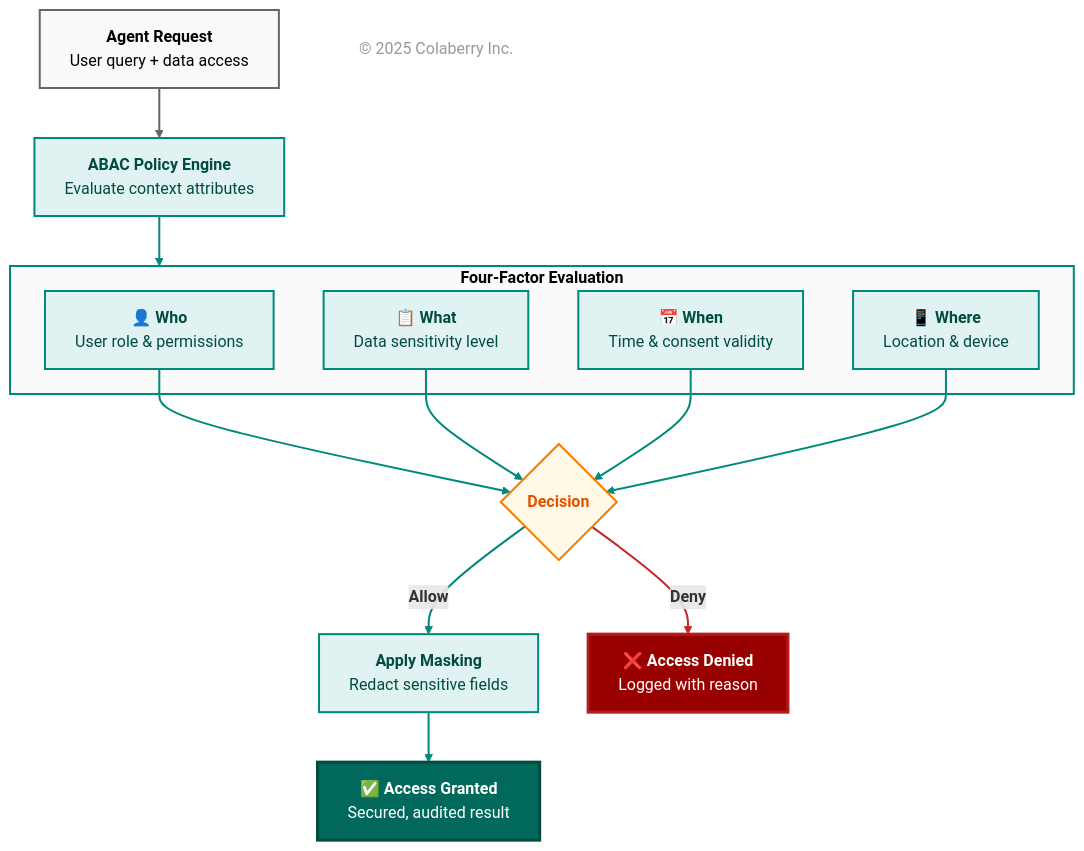
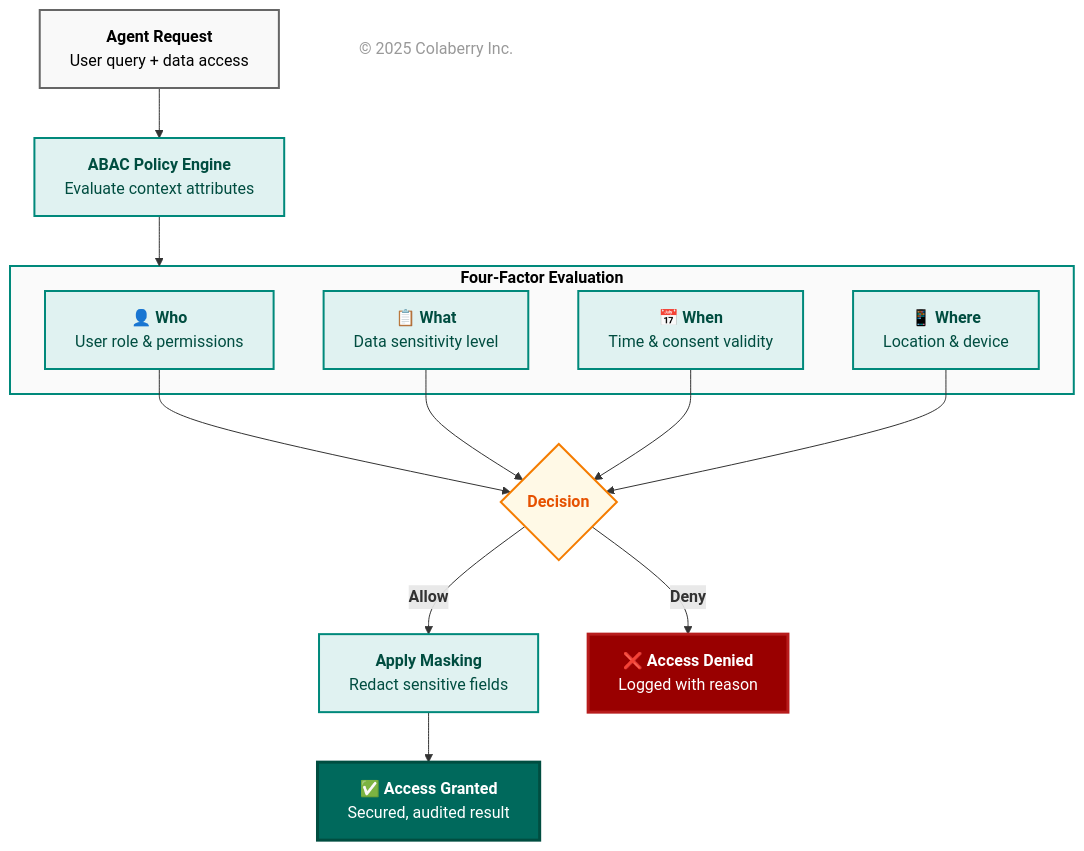
The ninth of 16 diagrams in chapter-01/chapter_1_complete.md (colaberry/enterprise-data-readiness-ai-agents), drawn with Mermaid before and after one commit. The commit also changed other lines of this file, not shown here.

First line of the commit message:
chapter 1 diagram 2 fix

````diff
--- a/chapter-01/chapter_1_complete.md
+++ b/chapter-01/chapter_1_complete.md
@@ -1395,59 +1350,51 @@
 ```mermaid
 graph TB
     REQ["<b>Agent Request</b><br/>User query + data access"]
     
     POL["<b>ABAC Policy Engine</b><br/>Evaluate context attributes"]
     
     subgraph eval["<b>Four-Factor Evaluation</b>"]
         WHO["<b>👤 Who</b><br/>User role & permissions"]
         WHAT["<b>📋 What</b><br/>Data sensitivity level"]
         WHEN["<b>📅 When</b><br/>Time & consent validity"]
         WHERE["<b>📱 Where</b><br/>Location & device"]
     end
     
     DEC{<b>Decision</b>}
     
     MASK["<b>Apply Masking</b><br/>Redact sensitive fields"]
     
     ALLOW["<b>✅ Access Granted</b><br/>Secured, audited result"]
     
     DENY["<b>❌ Access Denied</b><br/>Logged with reason"]
     
     REQ --> POL
     POL --> eval
     WHO --> DEC
     WHAT --> DEC
     WHEN --> DEC
     WHERE --> DEC
     DEC -->|"<b>Allow</b>"| MASK
     DEC -->|"<b>Deny</b>"| DENY
     MASK --> ALLOW
     
     %% Link styling
-    linkStyle 0 stroke:#666666,stroke-width:2px
-    linkStyle 1 stroke:#00897b,stroke-width:2px
-    linkStyle 2 stroke:#00897b,stroke-width:2px
-    linkStyle 3 stroke:#00897b,stroke-width:2px
-    linkStyle 4 stroke:#00897b,stroke-width:2px
-    linkStyle 5 stroke:#00897b,stroke-width:2px
-    linkStyle 6 stroke:#00897b,stroke-width:2px
-    linkStyle 7 stroke:#c62828,stroke-width:2px
-    linkStyle 8 stroke:#00897b,stroke-width:2px
     
     style REQ fill:#f9f9f9,stroke:#666666,stroke-width:2px,color:#000000
     style POL fill:#e0f2f1,stroke:#00897b,stroke-width:2px,color:#004d40
     style eval fill:#fafafa,stroke:#00897b,stroke-width:2px,color:#000000
     style WHO fill:#e0f2f1,stroke:#00897b,stroke-width:2px,color:#004d40
     style WHAT fill:#e0f2f1,stroke:#00897b,stroke-width:2px,color:#004d40
     style WHEN fill:#e0f2f1,stroke:#00897b,stroke-width:2px,color:#004d40
     style WHERE fill:#e0f2f1,stroke:#00897b,stroke-width:2px,color:#004d40
     style DEC fill:#fff9e6,stroke:#f57c00,stroke-width:2px,color:#e65100
     style MASK fill:#e0f2f1,stroke:#00897b,stroke-width:2px,color:#004d40
     style ALLOW fill:#00695c,color:#ffffff,stroke:#004d40,stroke-width:3px
 
     %% Copyright Notice
     CR["© 2025 Colaberry Inc."]
 
     style DENY fill:#990000,color:#ffffff,stroke:#b71c1c,stroke-width:3px
     style CR fill:none,stroke:none,color:#999999
+
 ```
````
